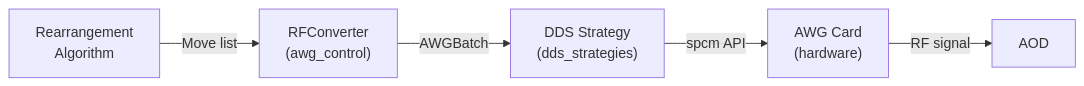
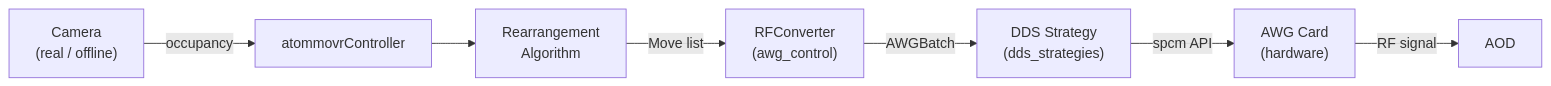
One commit to davidKMJ/atommovr-zwierlein changed the diagram in awg_controller/README.md. Above: the diagram before and after it, drawn with Mermaid. The commit also changed other lines of this file and 86 other files, not shown here.

````diff
--- a/awg_controller/README.md
+++ b/awg_controller/README.md
@@ -9,7 +9,9 @@
 ```mermaid
 flowchart LR
+    Cam["Camera<br/>(real / offline)"] -->|occupancy| Ctrl["atommovrController"]
     Algo["Rearrangement<br/>Algorithm"] -->|Move list| RF["RFConverter<br/>(awg_control)"]
+    Ctrl --> Algo
     RF -->|AWGBatch| Strat["DDS Strategy<br/>(dds_strategies)"]
     Strat -->|spcm API| Card["AWG Card<br/>(hardware)"]
     Card -->|RF signal| AOD["AOD"]
 ```
````
